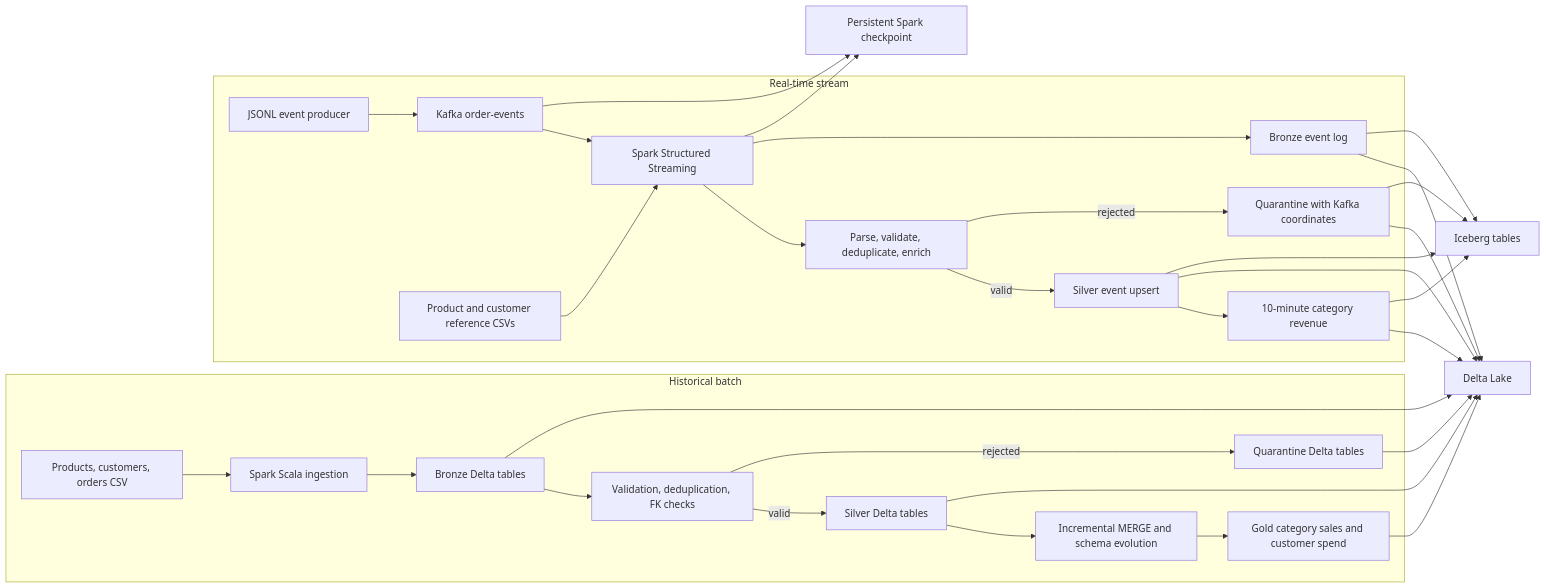
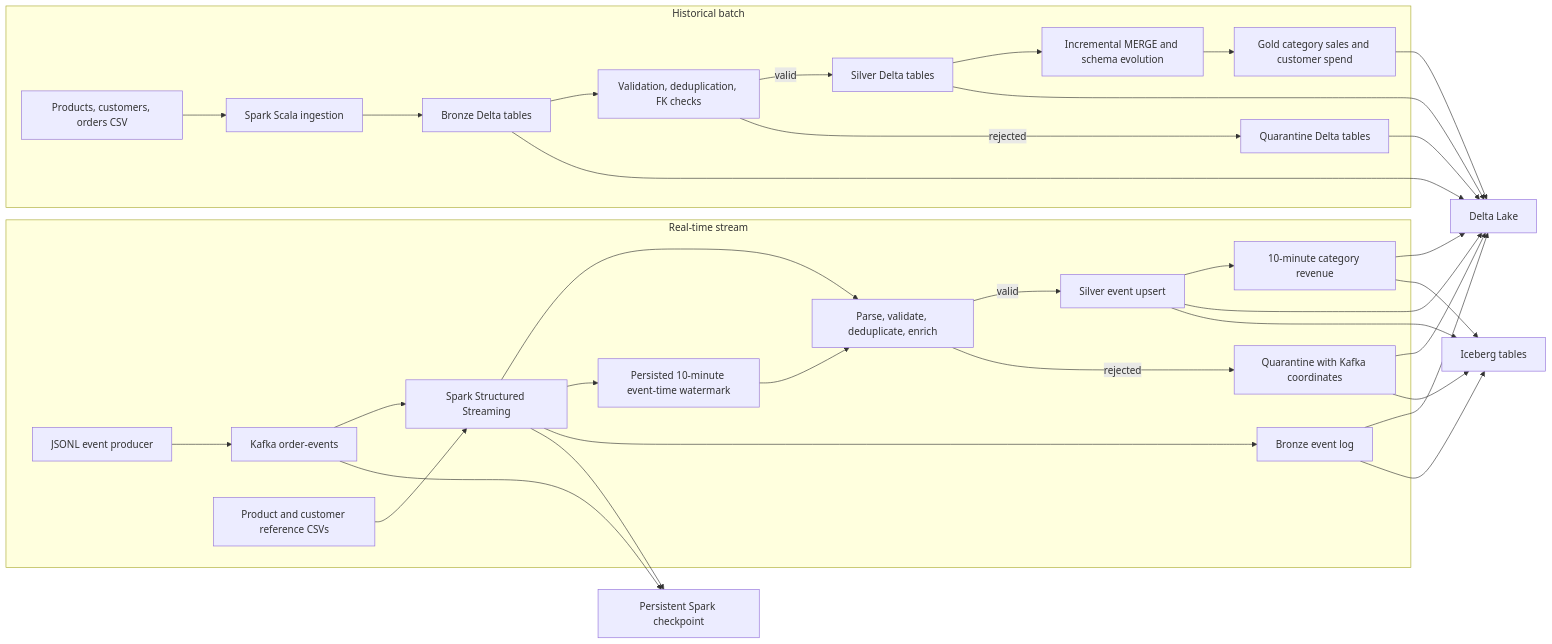
Before and after one commit to Harshita-codes/Project-Nexus-Retail-Lakehouse: the diagram in docs/solution-design.md, drawn with Mermaid. The commit also changed other lines of this file and 17 other files, not shown here.

````diff
--- a/docs/solution-design.md
+++ b/docs/solution-design.md
@@ -5,38 +5,40 @@
 ```mermaid
 flowchart LR
   subgraph Batch["Historical batch"]
     CSV["Products, customers, orders CSV"] --> B["Spark Scala ingestion"]
     B --> DB["Bronze Delta tables"]
     DB --> Q["Validation, deduplication, FK checks"]
     Q -->|valid| S["Silver Delta tables"]
     Q -->|rejected| R["Quarantine Delta tables"]
     S --> M["Incremental MERGE and schema evolution"]
     M --> G["Gold category sales and customer spend"]
   end
 
   subgraph Stream["Real-time stream"]
     JSONL["JSONL event producer"] --> K["Kafka order-events"]
     K --> SP["Spark Structured Streaming"]
     REF["Product and customer reference CSVs"] --> SP
     SP --> V["Parse, validate, deduplicate, enrich"]
     V -->|valid| SS["Silver event upsert"]
     V -->|rejected| SR["Quarantine with Kafka coordinates"]
+    SP --> WM["Persisted 10-minute event-time watermark"]
+    WM --> V
     SS --> W["10-minute category revenue"]
     SP --> SB["Bronze event log"]
   end
 
   DB --> DLT["Delta Lake"]
   S --> DLT
   R --> DLT
   G --> DLT
   SB --> DLT
   SS --> DLT
   SR --> DLT
   W --> DLT
   SB --> ICE["Iceberg tables"]
   SS --> ICE
   SR --> ICE
   W --> ICE
   K --> CP["Persistent Spark checkpoint"]
   SP --> CP
 ```
````
